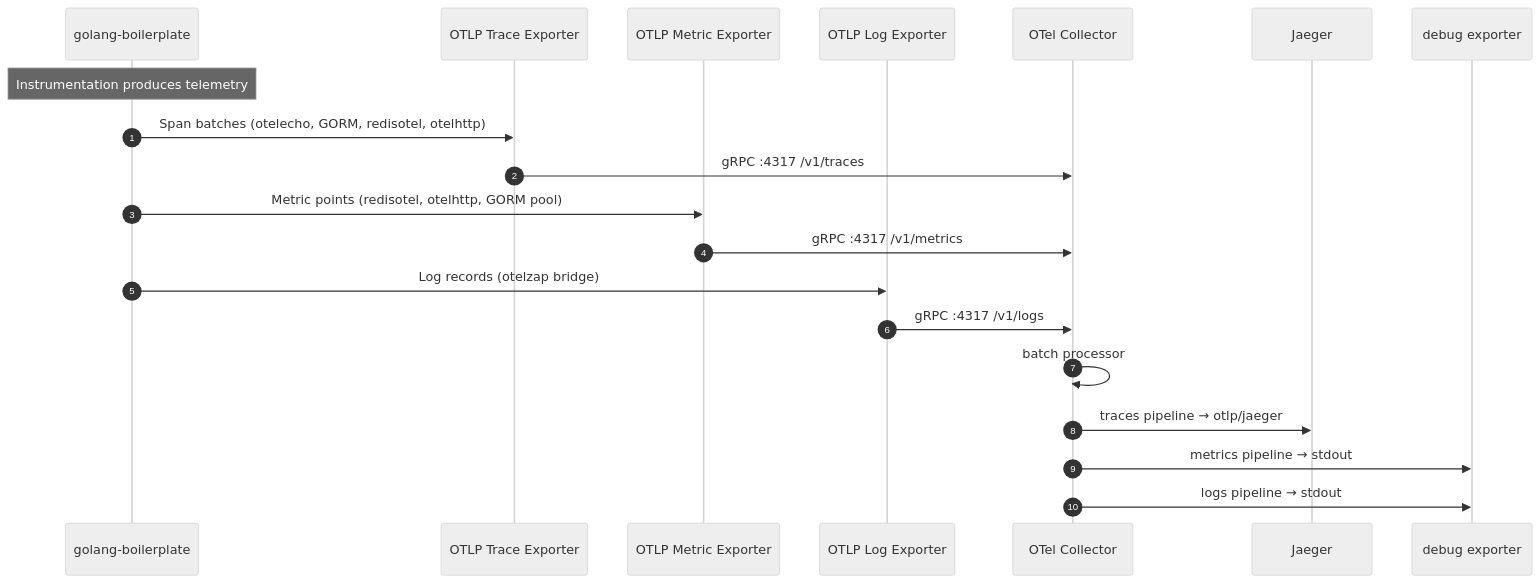
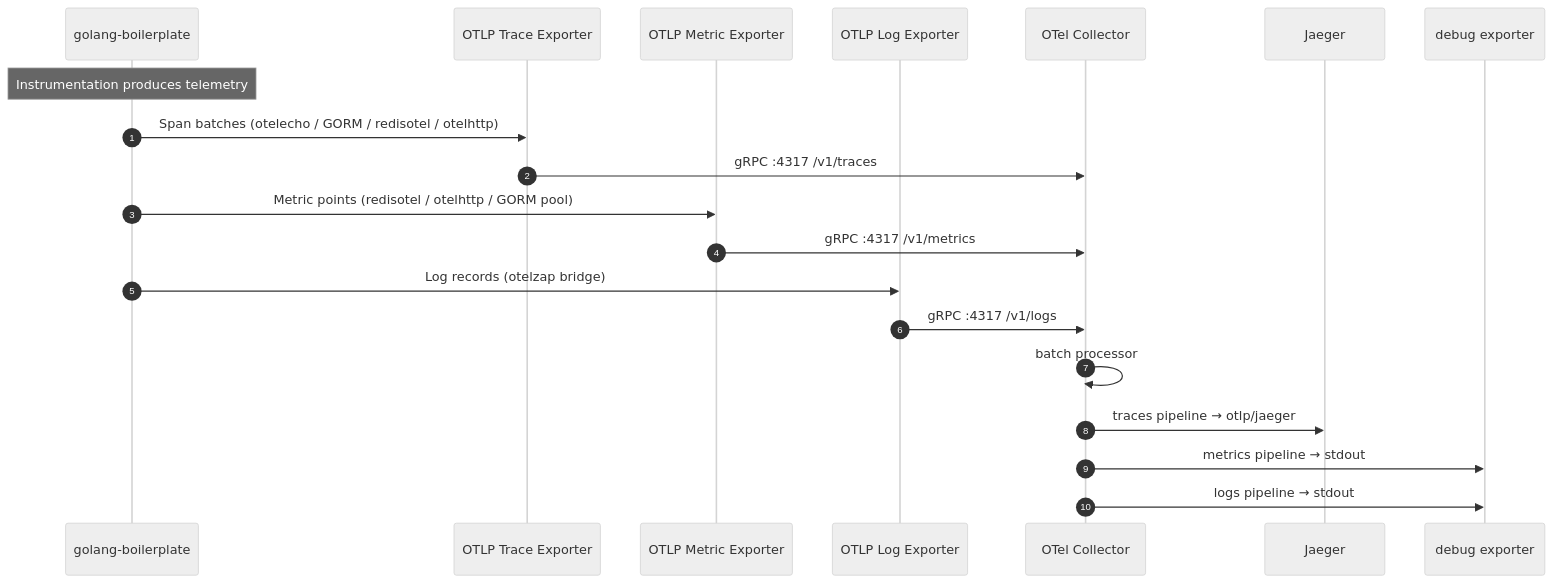
The fourth of 5 diagrams in docs/OPENTELEMETRY.md (duy-nguyen-van/golang-boilerplate), drawn with Mermaid (neutral theme) before and after one commit. The commit also changed other lines of this file, not shown here.

````diff
--- a/docs/OPENTELEMETRY.md
+++ b/docs/OPENTELEMETRY.md
@@ -207,28 +207,28 @@
 ```mermaid
 sequenceDiagram
     autonumber
     participant App as golang-boilerplate
     participant TraceExp as OTLP Trace Exporter
     participant MetricExp as OTLP Metric Exporter
     participant LogExp as OTLP Log Exporter
     participant Collector as OTel Collector
     participant Jaeger as Jaeger
     participant Debug as debug exporter
 
     Note over App: Instrumentation produces telemetry
 
-    App->>TraceExp: Span batches (otelecho, GORM, redisotel, otelhttp)
+    App->>TraceExp: Span batches (otelecho / GORM / redisotel / otelhttp)
     TraceExp->>Collector: gRPC :4317 /v1/traces
 
-    App->>MetricExp: Metric points (redisotel, otelhttp, GORM pool)
+    App->>MetricExp: Metric points (redisotel / otelhttp / GORM pool)
     MetricExp->>Collector: gRPC :4317 /v1/metrics
 
     App->>LogExp: Log records (otelzap bridge)
     LogExp->>Collector: gRPC :4317 /v1/logs
 
     Collector->>Collector: batch processor
 
     Collector->>Jaeger: traces pipeline → otlp/jaeger
     Collector->>Debug: metrics pipeline → stdout
     Collector->>Debug: logs pipeline → stdout
 ```
````
